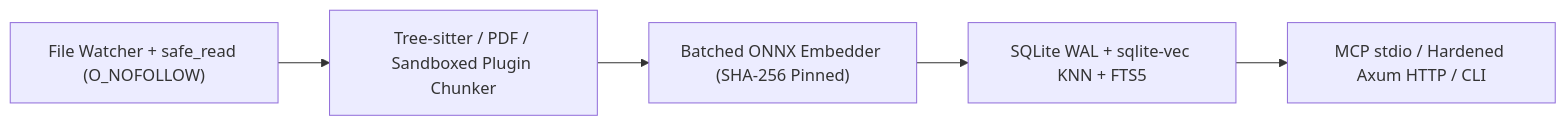
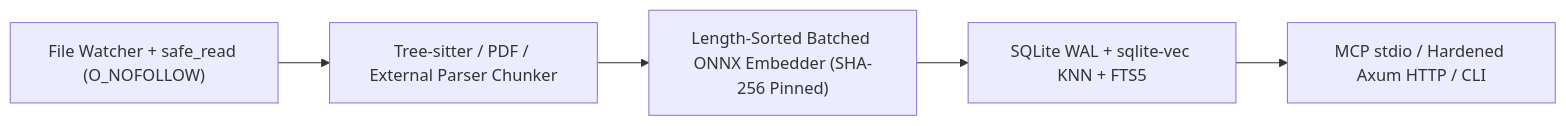
Before and after one commit to sandy-sachin7/contextd: the diagram in README.md, drawn with Mermaid. The commit also changed other lines of this file and 22 other files, not shown here.

Commit message:
feat(retrieval): preserve index on errors, add length-sorted batching, int8 q8 model & eval suite (v4.1.0)

````diff
--- a/README.md
+++ b/README.md
@@ -87,7 +87,7 @@
 ```mermaid
 flowchart LR
-    W["File Watcher + safe_read (O_NOFOLLOW)"] --> C["Tree-sitter / PDF / Sandboxed Plugin Chunker"]
-    C --> E["Batched ONNX Embedder (SHA-256 Pinned)"]
+    W["File Watcher + safe_read (O_NOFOLLOW)"] --> C["Tree-sitter / PDF / External Parser Chunker"]
+    C --> E["Length-Sorted Batched ONNX Embedder (SHA-256 Pinned)"]
     E --> S["SQLite WAL + sqlite-vec KNN + FTS5"]
     S --> Q["MCP stdio / Hardened Axum HTTP / CLI"]
 ```
````
